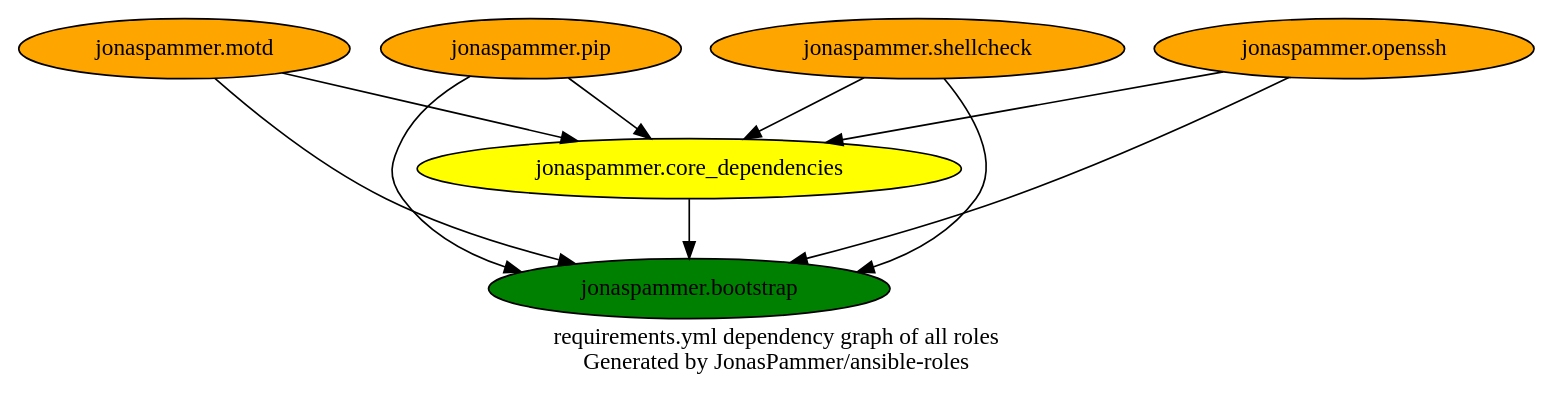
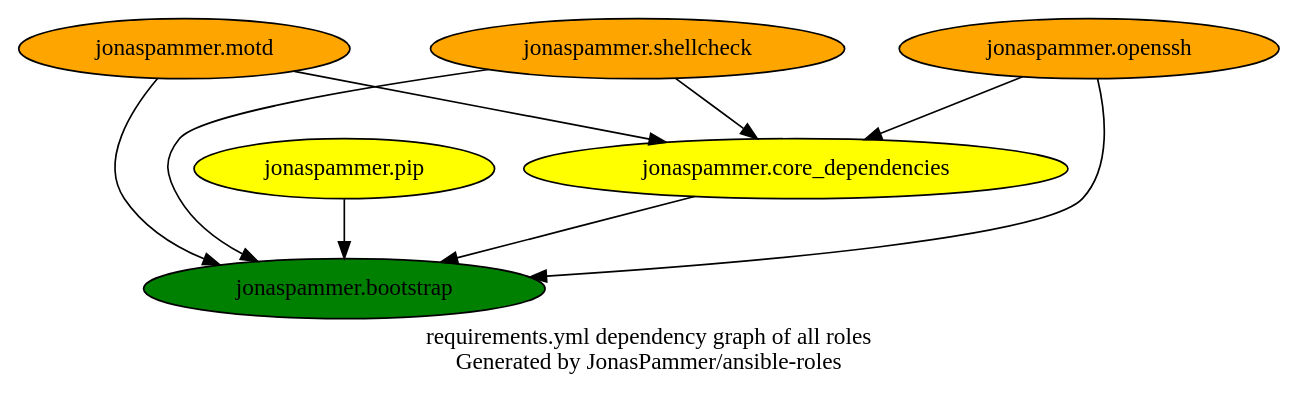
One commit to JonasPammer/ansible-roles changed the diagram in graphs/dependencies_ALL.dot. Above: the diagram before and after it, drawn with Graphviz. The commit also changed 5 other files, not shown here.

```diff
--- a/graphs/dependencies_ALL.dot
+++ b/graphs/dependencies_ALL.dot
@@ -1,19 +1,19 @@
 digraph hierarchy {
   label = "requirements.yml dependency graph of all roles \n Generated by JonasPammer/ansible-roles" ;
 
   {
     "jonaspammer.bootstrap" [fillcolor=green style=filled]
     "jonaspammer.core_dependencies" [fillcolor=yellow style=filled]
     "jonaspammer.motd" [fillcolor=orange style=filled]
-    "jonaspammer.pip" [fillcolor=orange style=filled]
+    "jonaspammer.pip" [fillcolor=yellow style=filled]
     "jonaspammer.shellcheck" [fillcolor=orange style=filled]
     "jonaspammer.openssh" [fillcolor=orange style=filled]
   }
 
 
   "jonaspammer.core_dependencies" -> {"jonaspammer.bootstrap"}
   "jonaspammer.motd" -> {"jonaspammer.bootstrap" "jonaspammer.core_dependencies"}
-  "jonaspammer.pip" -> {"jonaspammer.bootstrap" "jonaspammer.core_dependencies"}
+  "jonaspammer.pip" -> {"jonaspammer.bootstrap"}
   "jonaspammer.shellcheck" -> {"jonaspammer.bootstrap" "jonaspammer.core_dependencies"}
   "jonaspammer.openssh" -> {"jonaspammer.bootstrap" "jonaspammer.core_dependencies"}
 }
```
